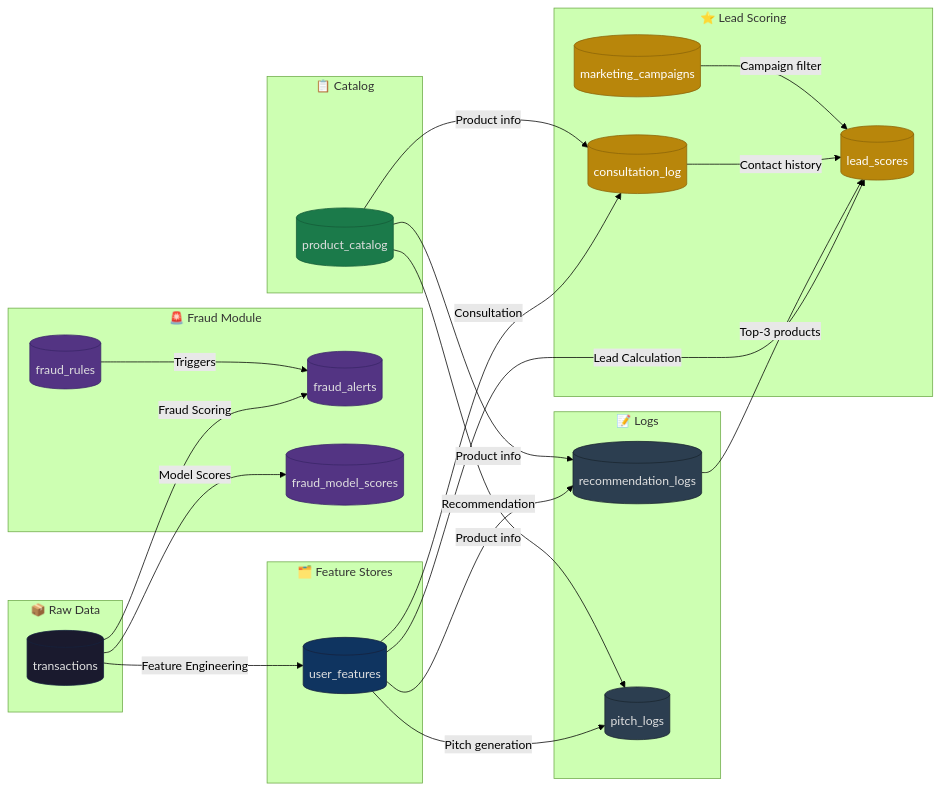
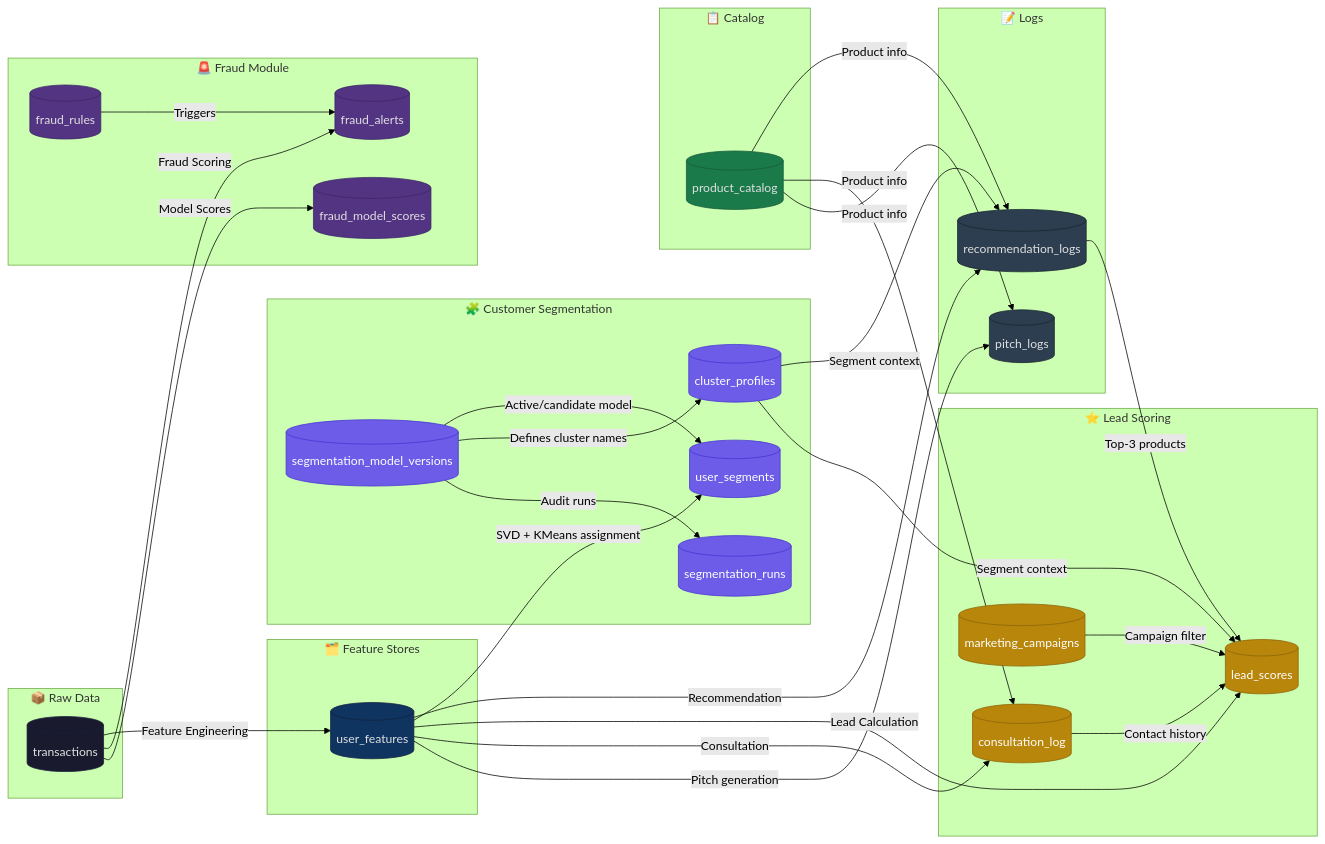
Before and after one commit to VietTrQuoc/smart-finance-ai: the second of 2 diagrams in docs/DATABASE.md, drawn with Mermaid (forest theme). The commit also changed other lines of this file and 45 other files, not shown here.

````diff
--- a/docs/DATABASE.md
+++ b/docs/DATABASE.md
@@ -635,64 +852,80 @@
 ```mermaid
 flowchart LR
     classDef source fill:#1a1a2e,stroke:#16213e,color:#e0e0e0
     classDef feature fill:#0f3460,stroke:#16213e,color:#e0e0e0
     classDef fraud fill:#533483,stroke:#3a2568,color:#e0e0e0
     classDef rec fill:#1b7a4a,stroke:#145c38,color:#e0e0e0
     classDef lead fill:#b8860b,stroke:#8b6508,color:#fff
+    classDef seg fill:#6c5ce7,stroke:#4834d4,color:#fff
     classDef log fill:#2c3e50,stroke:#1a252f,color:#e0e0e0
 
     subgraph RAW["📦 Raw Data"]
         txn[("transactions")]
     end
 
     subgraph FEAT["🗂️ Feature Stores"]
         uf[("user_features")]
+    end
+
+    subgraph SEG["🧩 Customer Segmentation"]
+        smv[("segmentation_model_versions")]
+        us[("user_segments")]
+        cp[("cluster_profiles")]
+        sr[("segmentation_runs")]
     end
 
     subgraph FRAUD["🚨 Fraud Module"]
         fa[("fraud_alerts")]
         fms[("fraud_model_scores")]
         fr[("fraud_rules")]
     end
 
     subgraph CATALOG["📋 Catalog"]
         pc[("product_catalog")]
     end
 
     subgraph LEAD["⭐ Lead Scoring"]
         ls[("lead_scores")]
         cl[("consultation_log")]
         mc[("marketing_campaigns")]
     end
 
     subgraph LOGS["📝 Logs"]
         rl[("recommendation_logs")]
         pl[("pitch_logs")]
     end
 
     txn -->|"Feature Engineering"| uf
+    uf -->|"SVD + KMeans assignment"| us
+    smv -->|"Active/candidate model"| us
+    smv -->|"Defines cluster names"| cp
+    smv -->|"Audit runs"| sr
+    cp -->|"Segment context"| rl
+    cp -->|"Segment context"| ls
+
     txn -->|"Fraud Scoring"| fa
     txn -->|"Model Scores"| fms
     fr -->|"Triggers"| fa
     
     uf -->|"Recommendation"| rl
     pc -->|"Product info"| rl
     
     uf -->|"Lead Calculation"| ls
     rl -->|"Top-3 products"| ls
     cl -->|"Contact history"| ls
     mc -->|"Campaign filter"| ls
     
     uf -->|"Consultation"| cl
     pc -->|"Product info"| cl
     
     uf -->|"Pitch generation"| pl
     pc -->|"Product info"| pl
 
     class txn source
     class uf feature
+    class smv,us,cp,sr seg
     class fa,fms,fr fraud
     class pc rec
     class ls,cl,mc lead
     class rl,pl log
 ```
````
